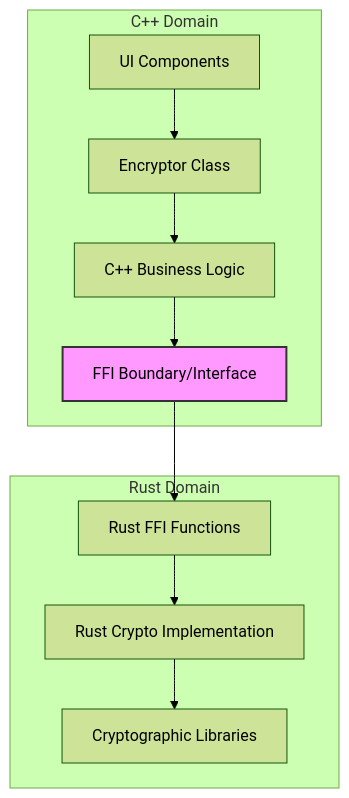
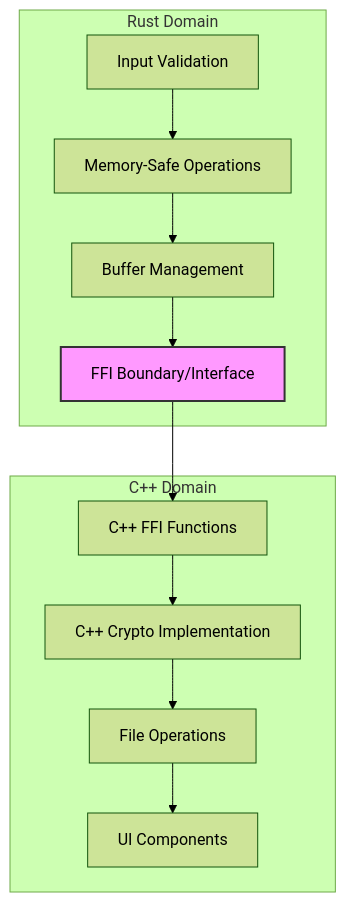
One commit to shahern004/CRUSTy-Core changed the first of 2 diagrams in Documentation/RustCppIntegration_Consolidated.md. Above: the diagram before and after it, drawn with Mermaid (forest theme). The commit also changed other lines of this file and 171 other files, not shown here.

Commit message:
Update RustCppIntegration_Consolidated.md to align with hybrid architecture vision

````diff
--- a/Documentation/RustCppIntegration_Consolidated.md
+++ b/Documentation/RustCppIntegration_Consolidated.md
@@ -17,16 +17,17 @@
 ```mermaid
 graph TD
-    subgraph "C++ Domain"
-        A[UI Components] --> B[Encryptor Class]
-        B --> C[C++ Business Logic]
+    subgraph "Rust Domain"
+        A[Input Validation] --> B[Memory-Safe Operations]
+        B --> C[Buffer Management]
         C --> D[FFI Boundary/Interface]
     end
 
-    subgraph "Rust Domain"
-        D --> E[Rust FFI Functions]
-        E --> F[Rust Crypto Implementation]
-        F --> G[Cryptographic Libraries]
+    subgraph "C++ Domain"
+        D --> E[C++ FFI Functions]
+        E --> F[C++ Crypto Implementation]
+        F --> G[File Operations]
+        G --> H[UI Components]
     end
 
     style D fill:#f9f,stroke:#333,stroke-width:2px
 ```
````
